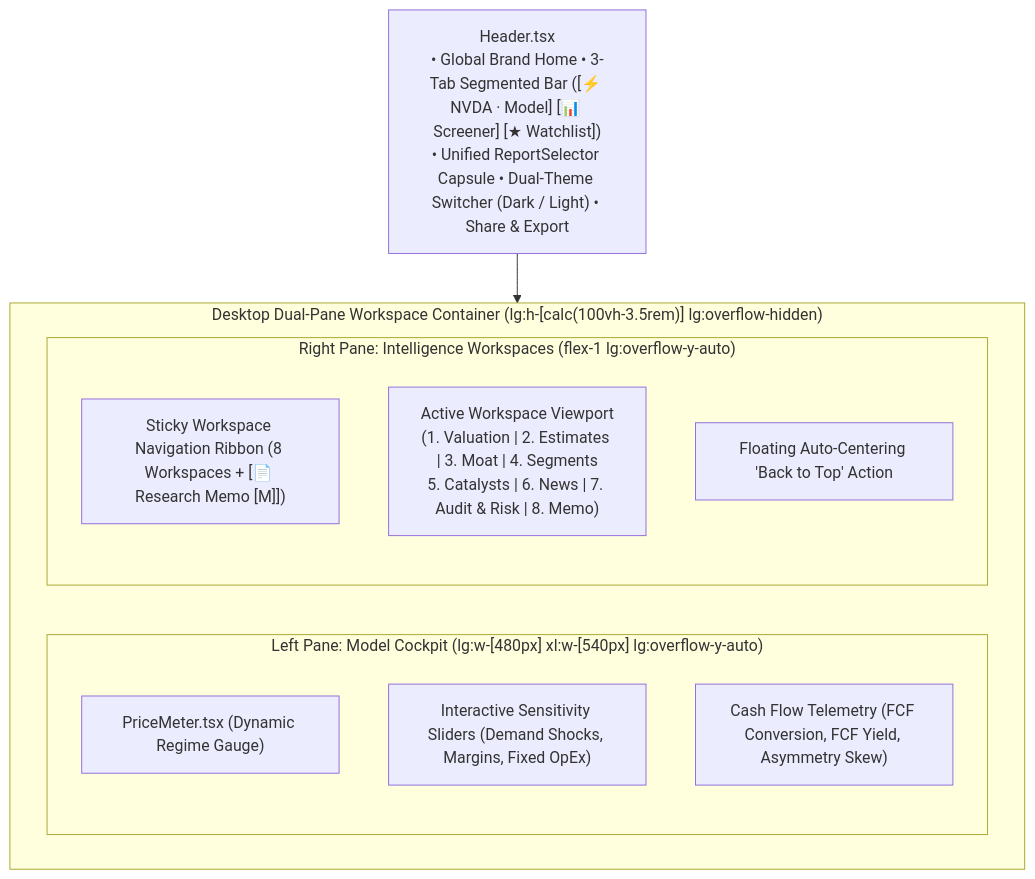
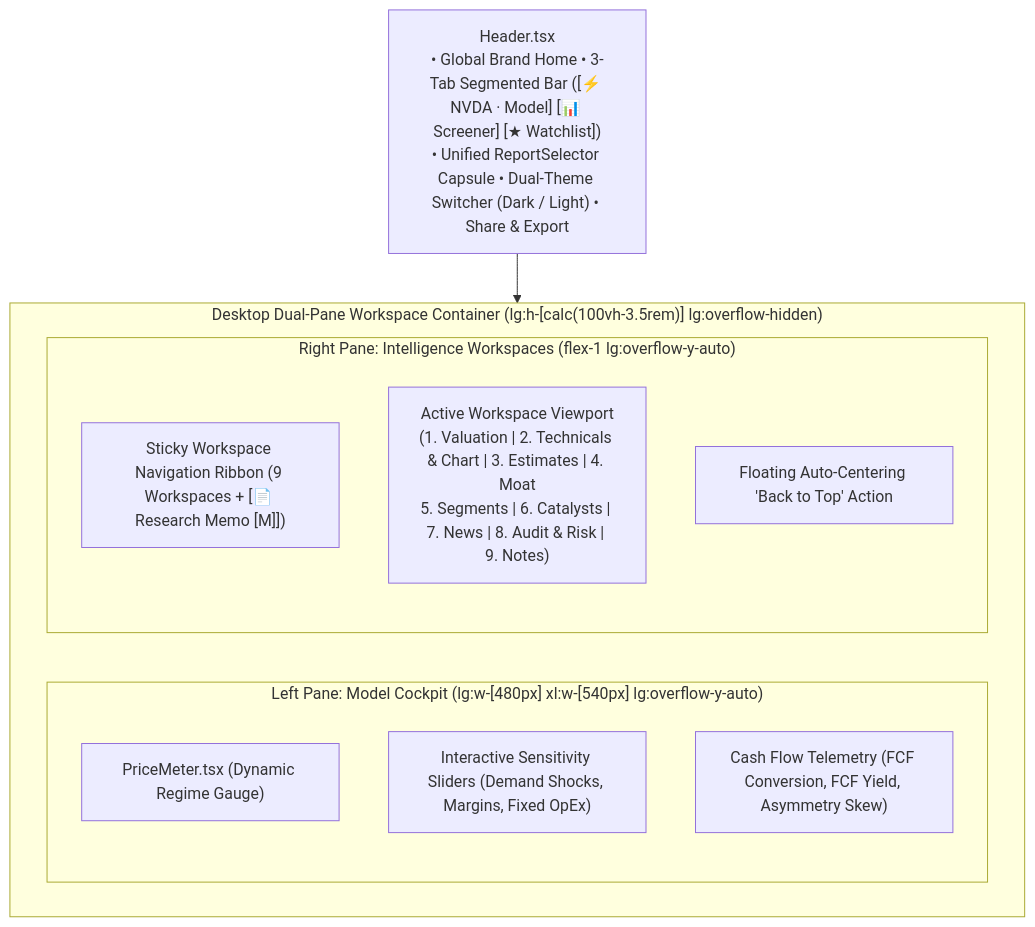
One commit to phanturne/stress-alpha changed the second of 9 diagrams in docs/architecture.md. Above: the diagram before and after it, drawn with Mermaid. The commit also changed other lines of this file and 27 other files, not shown here.

First line of the commit message:
feat(technicals): add 3-tier price corridors, confluence engine, and TradingView chart tab (#5)

````diff
--- a/docs/architecture.md
+++ b/docs/architecture.md
@@ -87,20 +87,20 @@
 ```mermaid
 flowchart TD
     Header["Header.tsx\n• Global Brand Home • 3-Tab Segmented Bar ([⚡ NVDA · Model] [📊 Screener] [★ Watchlist])\n• Unified ReportSelector Capsule • Dual-Theme Switcher (Dark / Light) • Share & Export"]
 
     subgraph DualPaneLayout["Desktop Dual-Pane Workspace Container (lg:h-[calc(100vh-3.5rem)] lg:overflow-hidden)"]
         subgraph LeftPane["Left Pane: Model Cockpit (lg:w-[480px] xl:w-[540px] lg:overflow-y-auto)"]
             PriceMeter["PriceMeter.tsx (Dynamic Regime Gauge)"]
             Sliders["Interactive Sensitivity Sliders (Demand Shocks, Margins, Fixed OpEx)"]
             Telemetry["Cash Flow Telemetry (FCF Conversion, FCF Yield, Asymmetry Skew)"]
         end
 
         subgraph RightPane["Right Pane: Intelligence Workspaces (flex-1 lg:overflow-y-auto)"]
-            NavRibbon["Sticky Workspace Navigation Ribbon (8 Workspaces + [📄 Research Memo [M]])"]
-            TabsContainer["Active Workspace Viewport\n(1. Valuation | 2. Estimates | 3. Moat | 4. Segments\n5. Catalysts | 6. News | 7. Audit & Risk | 8. Memo)"]
+            NavRibbon["Sticky Workspace Navigation Ribbon (9 Workspaces + [📄 Research Memo [M]])"]
+            TabsContainer["Active Workspace Viewport\n(1. Valuation | 2. Technicals & Chart | 3. Estimates | 4. Moat\n5. Segments | 6. Catalysts | 7. News | 8. Audit & Risk | 9. Notes)"]
             BackToTop["Floating Auto-Centering 'Back to Top' Action"]
         end
     end
 
     Header --> DualPaneLayout
 ```
````
